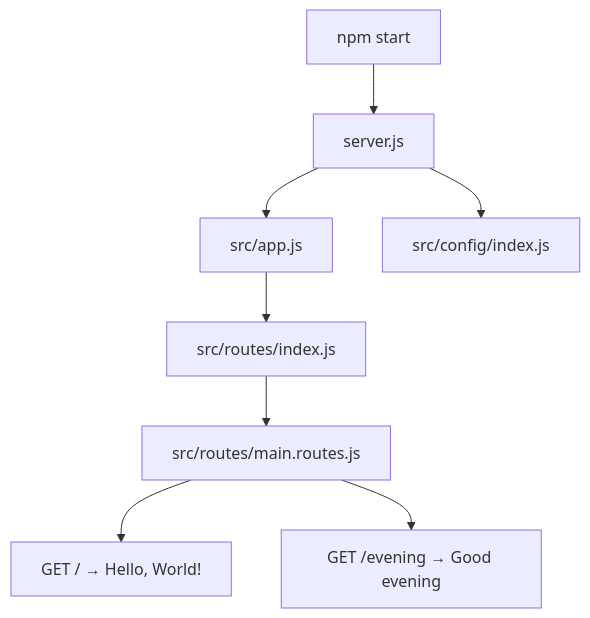
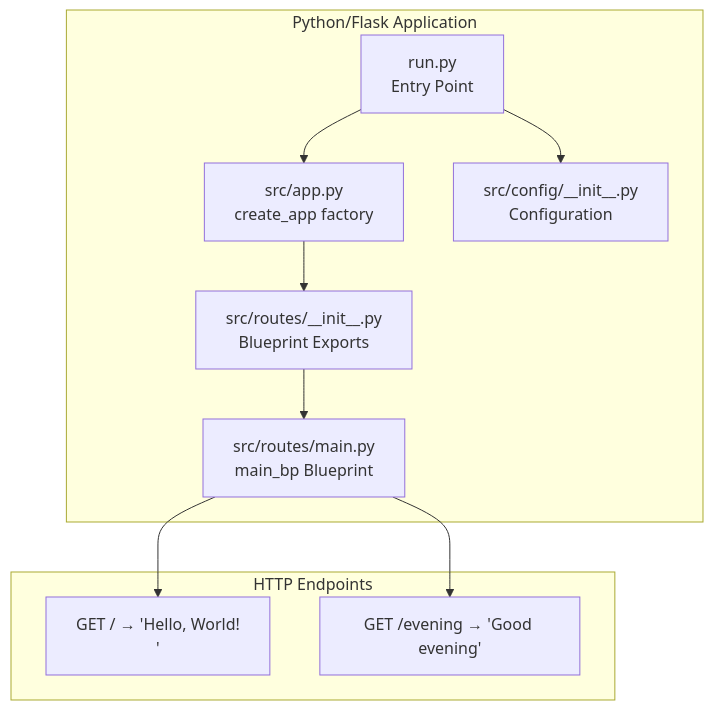
The first of 2 diagrams in blitzy/documentation/Technical Specifications.md (sudhanshu-spec/test-spec), drawn with Mermaid before and after one commit. The commit also changed other lines of this file, not shown here.

````diff
--- a/blitzy/documentation/Technical Specifications.md
+++ b/blitzy/documentation/Technical Specifications.md
@@ -406,10 +300,23 @@
 ```mermaid
-graph TD
-    A[npm start] --> B[server.js]
-    B --> C[src/app.js]
-    C --> D[src/routes/index.js]
-    D --> E[src/routes/main.routes.js]
-    B --> F[src/config/index.js]
-    E --> G["GET / → Hello, World!"]
-    E --> H["GET /evening → Good evening"]
+graph TB
+    subgraph "Python/Flask Application"
+        RP[run.py<br/>Entry Point]
+        APP[src/app.py<br/>create_app factory]
+        CFG[src/config/__init__.py<br/>Configuration]
+        RTI[src/routes/__init__.py<br/>Blueprint Exports]
+        RTM[src/routes/main.py<br/>main_bp Blueprint]
+    end
+    
+    RP --> APP
+    RP --> CFG
+    APP --> RTI
+    RTI --> RTM
+    
+    subgraph "HTTP Endpoints"
+        E1["GET / → 'Hello, World!\n'"]
+        E2["GET /evening → 'Good evening'"]
+    end
+    
+    RTM --> E1
+    RTM --> E2
 ```
````
